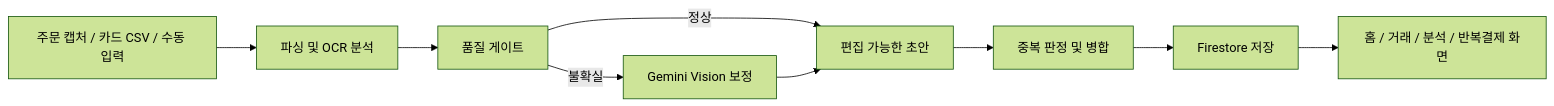
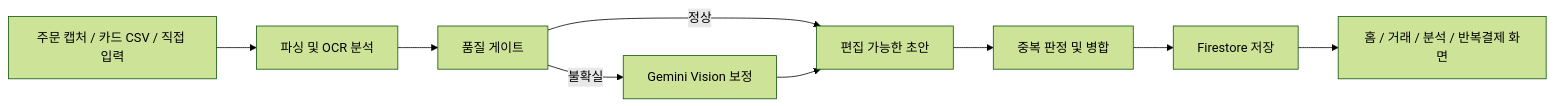
One commit to kosta-dev-sjh/p2-purchase-tracker changed the first of 3 diagrams in README.md. Above: the diagram before and after it, drawn with Mermaid (forest theme). The commit also changed other lines of this file, not shown here.

````diff
--- a/README.md
+++ b/README.md
@@ -83,11 +63,11 @@
 ```mermaid
 flowchart LR
-  A["주문 캡처 / 카드 CSV / 수동 입력"] --> B["파싱 및 OCR 분석"]
+  A["주문 캡처 / 카드 CSV / 직접 입력"] --> B["파싱 및 OCR 분석"]
   B --> C["품질 게이트"]
   C -->|정상| D["편집 가능한 초안"]
   C -->|불확실| E["Gemini Vision 보정"]
   E --> D
   D --> F["중복 판정 및 병합"]
   F --> G["Firestore 저장"]
   G --> H["홈 / 거래 / 분석 / 반복결제 화면"]
 ```
````
